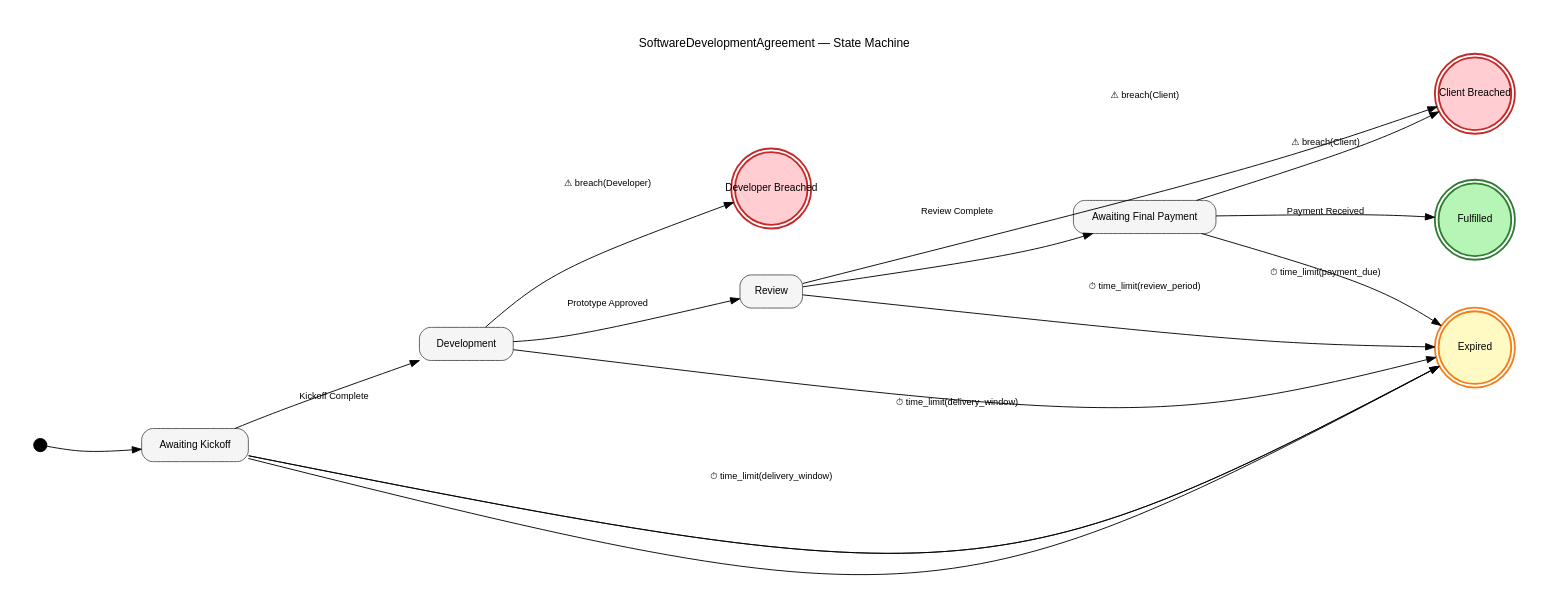
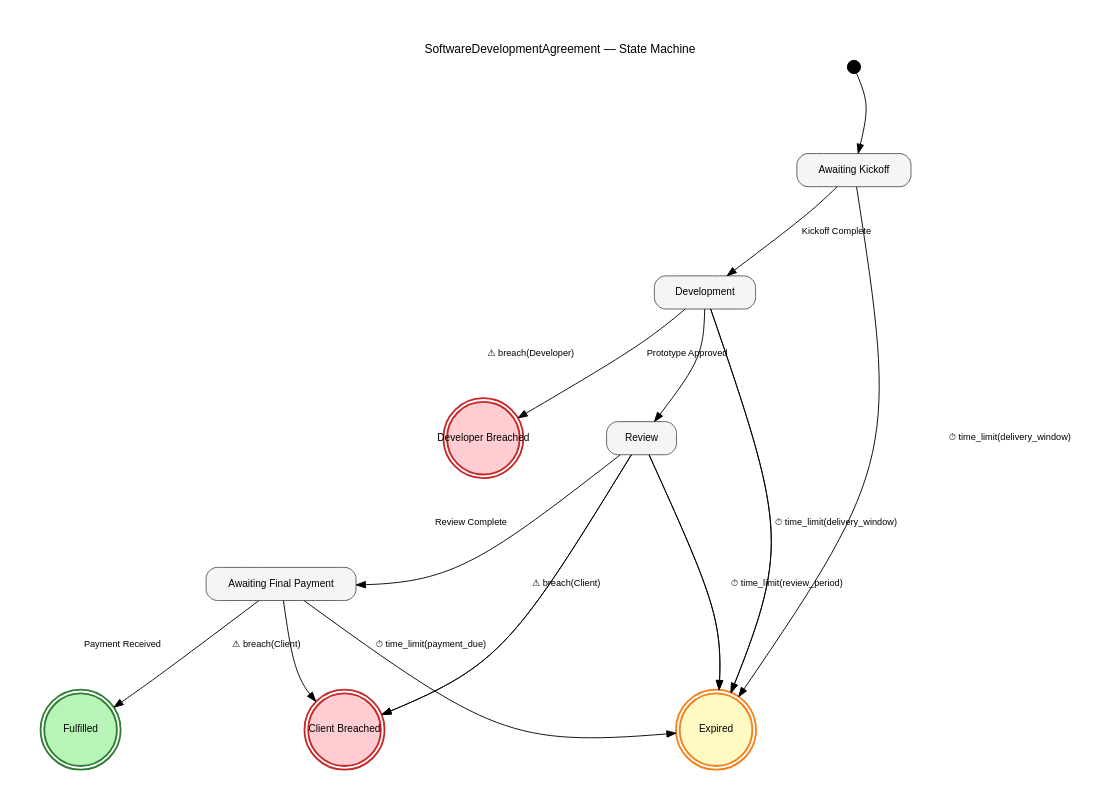
The diagram in examples/software_dev.dot (codeNinja62/LexScript), drawn with Graphviz before and after one commit. The commit also changed 4 other files, not shown here.

```diff
--- a/examples/software_dev.dot
+++ b/examples/software_dev.dot
@@ -1,37 +1,37 @@
 digraph SoftwareDevelopmentAgreement {
-    rankdir=LR;
+    rankdir=TB;
     splines=curved;
     concentrate=true;
-    nodesep=0.7;
-    ranksep=1.4;
-    graph [fontname="Helvetica" fontsize=13 label="SoftwareDevelopmentAgreement — State Machine" labelloc=t labeljust=c pad=0.4];
-    node  [fontname="Helvetica" fontsize=11 margin="0.2,0.12"];
+    nodesep=0.9;
+    ranksep=1.2;
+    graph [fontname="Helvetica" fontsize=13 label="SoftwareDevelopmentAgreement — State Machine" labelloc=t labeljust=c pad=0.5];
+    node  [fontname="Helvetica" fontsize=11 margin="0.25,0.15"];
     edge  [fontname="Helvetica" fontsize=10];
 
     // Entry point
     __start [label="" shape=point width=0.2];
     __start -> AwaitingKickoff;
 
     // States
     AwaitingKickoff [label="Awaiting Kickoff" shape=box style="rounded,filled" fillcolor="#f5f5f5" color="#555555"];
     Development [label="Development" shape=box style="rounded,filled" fillcolor="#f5f5f5" color="#555555"];
     Review [label="Review" shape=box style="rounded,filled" fillcolor="#f5f5f5" color="#555555"];
     AwaitingFinalPayment [label="Awaiting Final Payment" shape=box style="rounded,filled" fillcolor="#f5f5f5" color="#555555"];
     Fulfilled [label="Fulfilled" shape=doublecircle style=filled fillcolor="#b7f5b7" color="#2e7d32" penwidth=2 width=1.1 height=1.1 fixedsize=true];
     DeveloperBreached [label="Developer Breached" shape=doublecircle style=filled fillcolor="#ffcdd2" color="#c62828" penwidth=2 width=1.1 height=1.1 fixedsize=true];
     ClientBreached [label="Client Breached" shape=doublecircle style=filled fillcolor="#ffcdd2" color="#c62828" penwidth=2 width=1.1 height=1.1 fixedsize=true];
     Expired [label="Expired" shape=doublecircle style=filled fillcolor="#fff9c4" color="#f57f17" penwidth=2 width=1.1 height=1.1 fixedsize=true];
 
     // Transitions
     AwaitingKickoff -> Development [label="Kickoff Complete"];
     AwaitingKickoff -> Expired [label="⏱ time_limit(delivery_window)"];
     Development -> Review [label="Prototype Approved"];
     Development -> DeveloperBreached [label="⚠ breach(Developer)"];
     Development -> Expired [label="⏱ time_limit(delivery_window)"];
     Review -> AwaitingFinalPayment [label="Review Complete"];
     Review -> ClientBreached [label="⚠ breach(Client)"];
     Review -> Expired [label="⏱ time_limit(review_period)"];
     AwaitingFinalPayment -> Fulfilled [label="Payment Received"];
     AwaitingFinalPayment -> Expired [label="⏱ time_limit(payment_due)"];
     AwaitingFinalPayment -> ClientBreached [label="⚠ breach(Client)"];
 }
```
